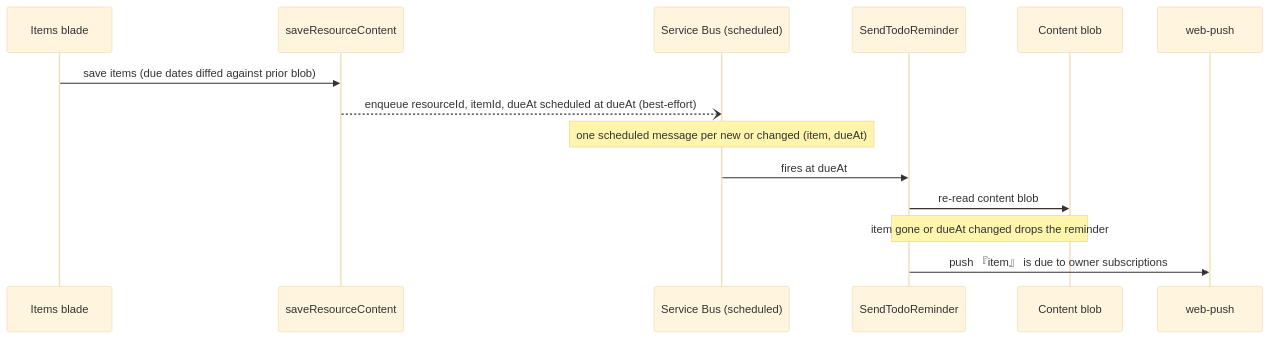
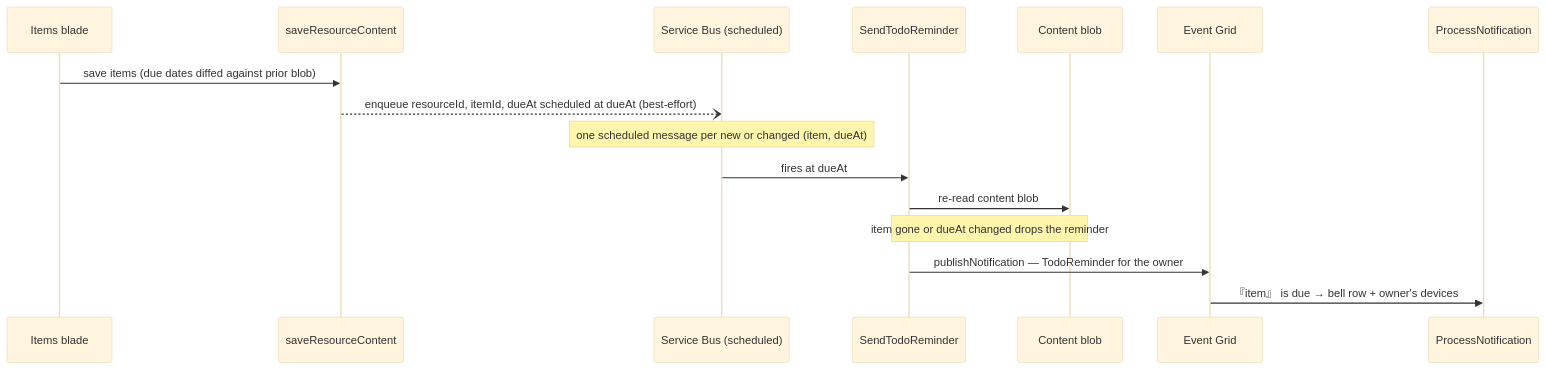
One commit to Esposter/Esposter changed the diagram in packages/app/content/docs/platform/todolist-due-reminders.md. Above: the diagram before and after it, drawn with Mermaid (base theme). The commit also changed other lines of this file and 16 other files, not shown here.

````diff
--- a/packages/app/content/docs/platform/todolist-due-reminders.md
+++ b/packages/app/content/docs/platform/todolist-due-reminders.md
@@ -18,17 +18,19 @@
 ```mermaid
 sequenceDiagram
   participant E as Items blade
   participant S as saveResourceContent
   participant SB as Service Bus (scheduled)
   participant F as SendTodoReminder
   participant B as Content blob
-  participant P as web-push
+  participant EG as Event Grid
+  participant P as ProcessNotification
 
   E->>S: save items (due dates diffed against prior blob)
   S--)SB: enqueue resourceId, itemId, dueAt scheduled at dueAt (best-effort)
   Note over SB: one scheduled message per new or changed (item, dueAt)
   SB->>F: fires at dueAt
   F->>B: re-read content blob
   Note over F,B: item gone or dueAt changed drops the reminder
-  F->>P: push 『item』 is due to owner subscriptions
+  F->>EG: publishNotification — TodoReminder for the owner
+  EG->>P: 『item』 is due → bell row + owner's devices
 ```
````
